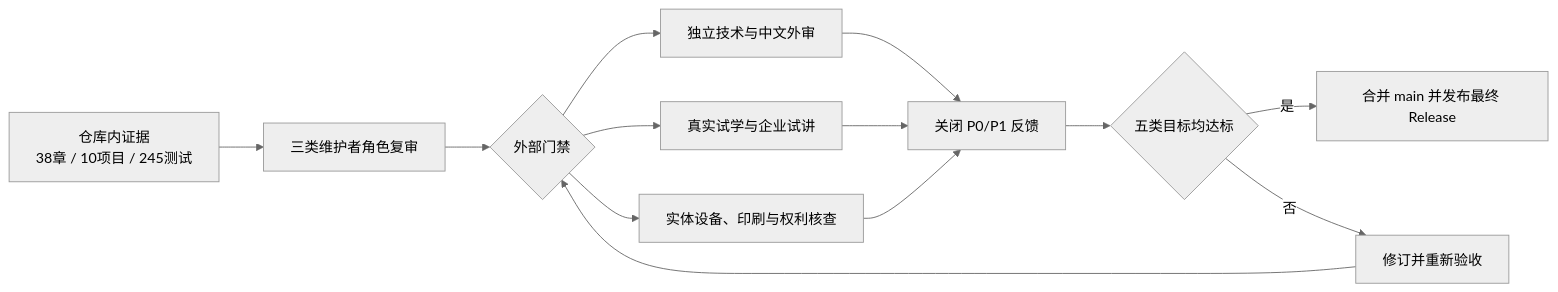
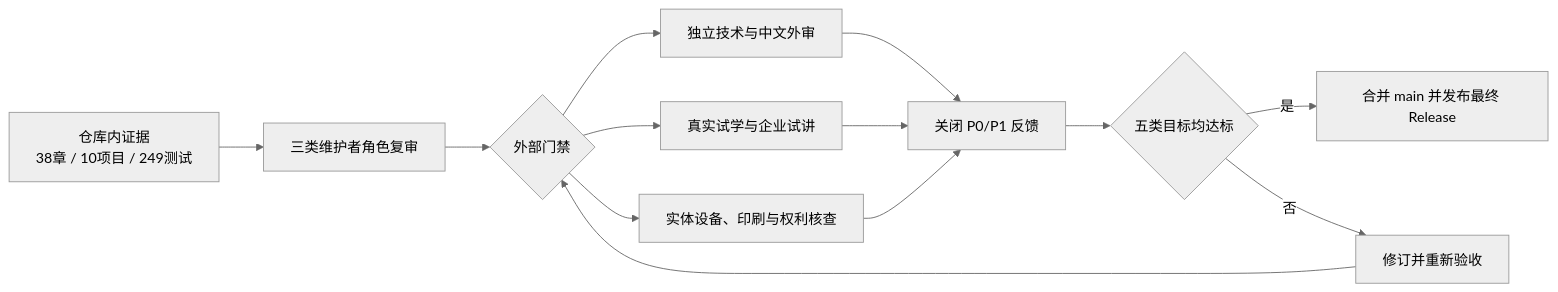
One commit to wujinjun/ai-agent-book changed the diagram in docs/final-acceptance.md. Above: the diagram before and after it, drawn with Mermaid (neutral theme). The commit also changed other lines of this file and 33 other files, not shown here.

````diff
--- a/docs/final-acceptance.md
+++ b/docs/final-acceptance.md
@@ -5,18 +5,18 @@
 ```mermaid
 %% id: p9-final-acceptance-gates
 %% title: P9 最终验收门禁
 %% alt: 仓库内技术出版培训证据完成后，还必须经过独立外审、真实试学试讲、实体设备印刷和最终发布，才能关闭 P9
 flowchart LR
-    Repo["仓库内证据<br/>38章 / 10项目 / 245测试"] --> Internal["三类维护者角色复审"]
+    Repo["仓库内证据<br/>38章 / 10项目 / 249测试"] --> Internal["三类维护者角色复审"]
     Internal --> External{外部门禁}
     External --> Review[独立技术与中文外审]
     External --> Trial[真实试学与企业试讲]
     External --> Device[实体设备、印刷与权利核查]
     Review --> Feedback[关闭 P0/P1 反馈]
     Trial --> Feedback
     Device --> Feedback
     Feedback --> Score{五类目标均达标}
     Score -->|是| Release[合并 main 并发布最终 Release]
     Score -->|否| Improve[修订并重新验收]
     Improve --> External
 ```
````
